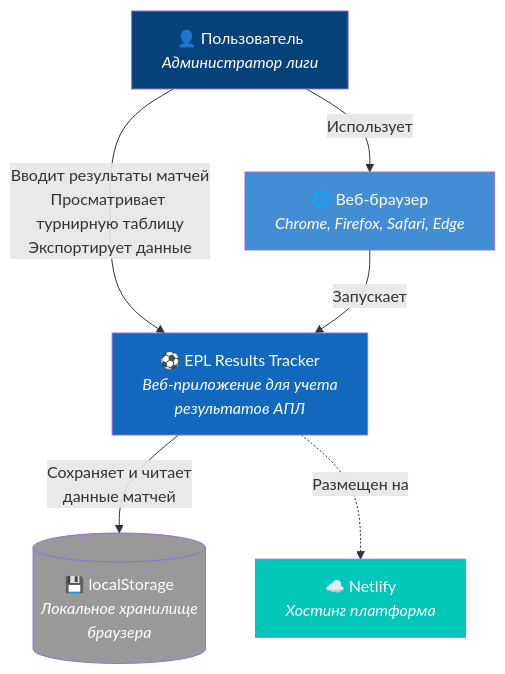
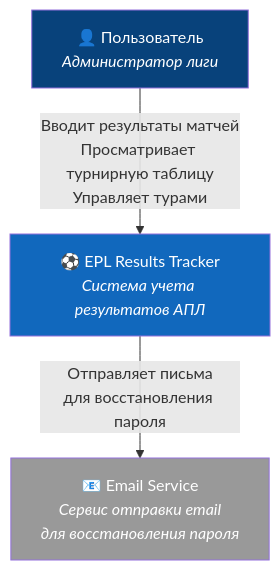
One commit to shishovam/My-Test-Repository changed the first of 2 diagrams in architecture/architecture-gitbook.md. Above: the diagram before and after it, drawn with Mermaid. The commit also changed other lines of this file, not shown here.

````diff
--- a/architecture/architecture-gitbook.md
+++ b/architecture/architecture-gitbook.md
@@ -9,27 +9,15 @@
 ```mermaid
 graph TB
     User["👤 Пользователь<br/><i>Администратор лиги</i>"]
     
-    System["⚽ EPL Results Tracker<br/><i>Веб-приложение для учета<br/>результатов АПЛ</i>"]
+    System["⚽ EPL Results Tracker<br/><i>Система учета результатов АПЛ</i>"]
     
-    Browser["🌐 Веб-браузер<br/><i>Chrome, Firefox, Safari, Edge</i>"]
+    Email["📧 Email Service<br/><i>Сервис отправки email<br/>для восстановления пароля</i>"]
     
-    Storage[("💾 localStorage<br/><i>Локальное хранилище<br/>браузера</i>")]
-    
-    Netlify["☁️ Netlify<br/><i>Хостинг платформа</i>"]
-    
-    User -->|"Вводит результаты матчей<br/>Просматривает турнирную таблицу<br/>Экспортирует данные"| System
-    System -->|"Сохраняет и читает<br/>данные матчей"| Storage
-    System -.->|"Размещен на"| Netlify
-    Browser -->|"Запускает"| System
-    User -->|"Использует"| Browser
+    User -->|"Вводит результаты матчей<br/>Просматривает турнирную таблицу<br/>Управляет турами"| System
+    System -->|"Отправляет письма<br/>для восстановления пароля"| Email
     
     style User fill:#08427b,color:#fff
     style System fill:#1168bd,color:#fff
-    style Browser fill:#438DD5,color:#fff
-    style Storage fill:#999,color:#fff
-    style Netlify fill:#00C7B7,color:#fff
-    
-    classDef external fill:#999,color:#fff
-    class Storage,Netlify external
+    style Email fill:#999,color:#fff
 ```
````
